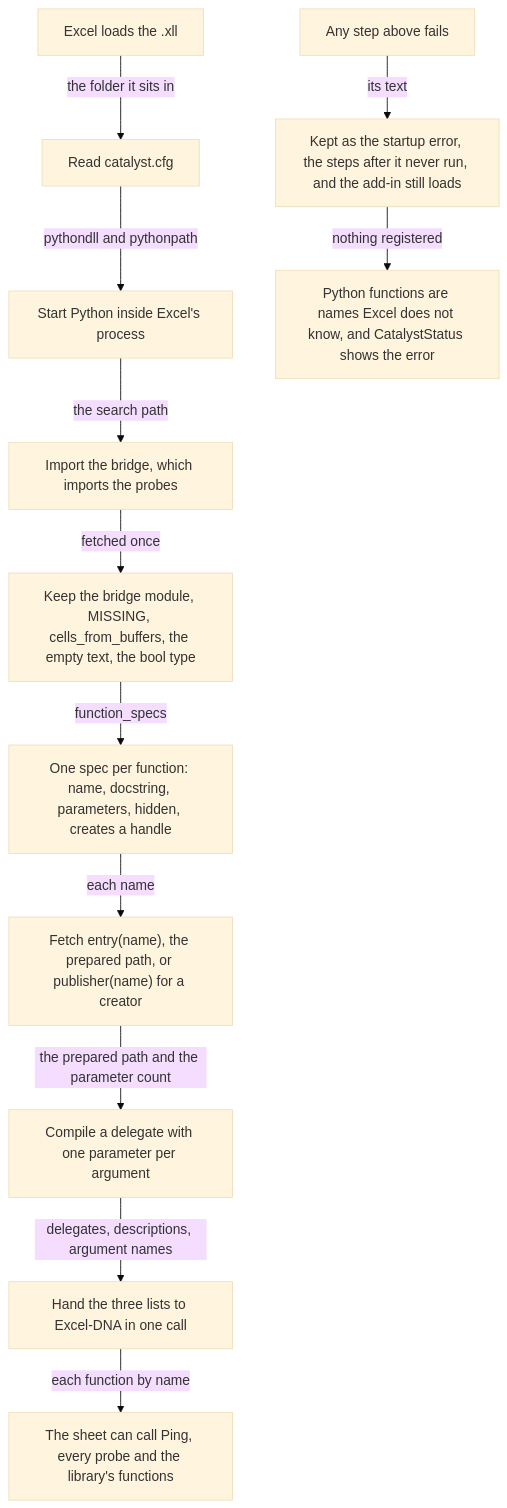
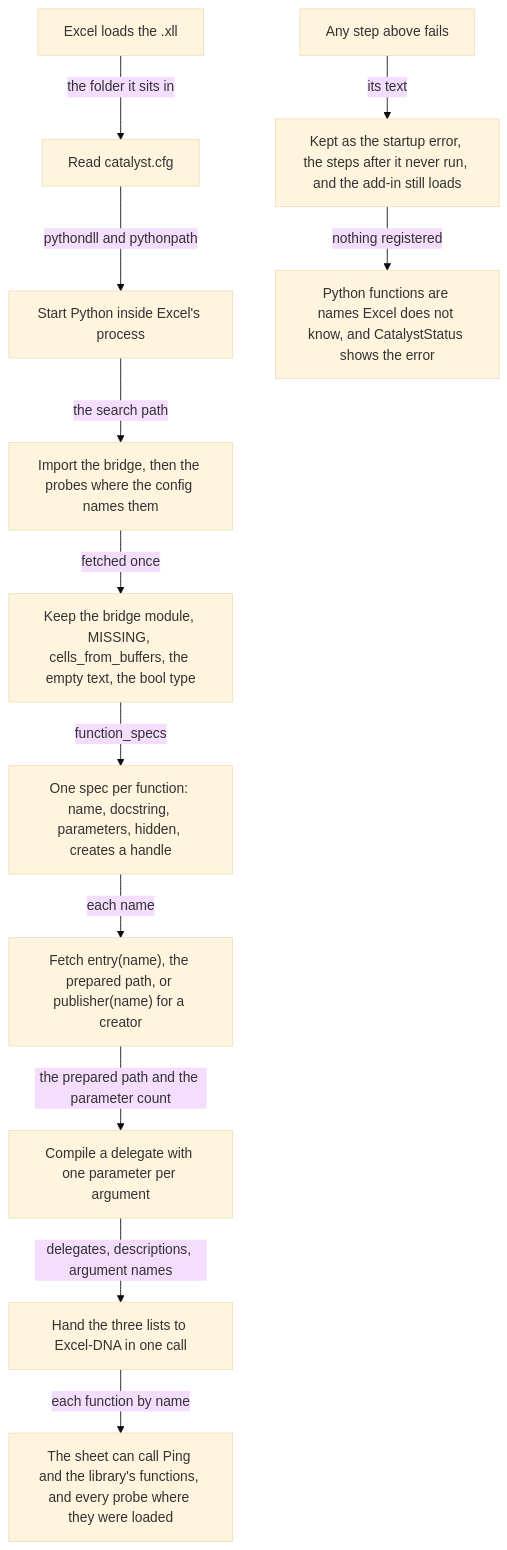
One commit to gobbles404/catalyst changed the first of 3 diagrams in docs/seam/host.md. Above: the diagram before and after it, drawn with Mermaid (base theme). The commit also changed other lines of this file and 35 other files, not shown here.

````diff
--- a/docs/seam/host.md
+++ b/docs/seam/host.md
@@ -35,14 +35,14 @@
 ```mermaid
 flowchart TD
     Load["Excel loads the .xll"] -->|"the folder it sits in"| Config["Read catalyst.cfg"]
     Config -->|"pythondll and pythonpath"| Start["Start Python inside Excel's process"]
-    Start -->|"the search path"| Import["Import the bridge, which imports the probes"]
+    Start -->|"the search path"| Import["Import the bridge, then the probes where the config names them"]
     Import -->|"fetched once"| Keep["Keep the bridge module, MISSING, cells_from_buffers, the empty text, the bool type"]
     Keep -->|"function_specs"| Specs["One spec per function: name, docstring, parameters, hidden, creates a handle"]
     Specs -->|"each name"| Prepare["Fetch entry(name), the prepared path, or publisher(name) for a creator"]
     Prepare -->|"the prepared path and the parameter count"| Delegate["Compile a delegate with one parameter per argument"]
     Delegate -->|"delegates, descriptions, argument names"| Register["Hand the three lists to Excel-DNA in one call"]
-    Register -->|"each function by name"| Sheet["The sheet can call Ping, every probe and the library's functions"]
+    Register -->|"each function by name"| Sheet["The sheet can call Ping and the library's functions, and every probe where they were loaded"]
     Failure["Any step above fails"] -->|"its text"| Error["Kept as the startup error, the steps after it never run, and the add-in still loads"]
     Error -->|"nothing registered"| Name["Python functions are names Excel does not know, and CatalystStatus shows the error"]
 ```
````
